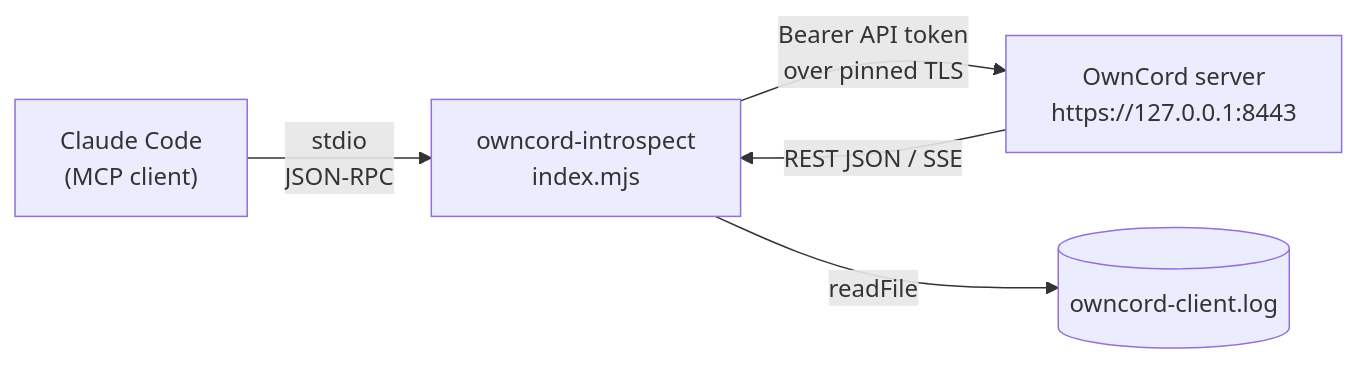
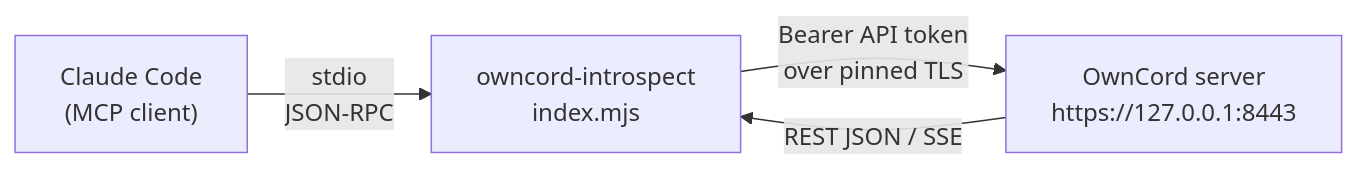
One commit to J3vb/OwnCord changed the first of 2 diagrams in docs/mcp-introspect.md. Above: the diagram before and after it, drawn with Mermaid. The commit also changed other lines of this file and 2055 other files, not shown here.

````diff
--- a/docs/mcp-introspect.md
+++ b/docs/mcp-introspect.md
@@ -19,7 +18,6 @@
 ```mermaid
 flowchart LR
     CC["Claude Code<br/>(MCP client)"] -->|"stdio<br/>JSON-RPC"| MCP["owncord-introspect<br/>index.mjs"]
     MCP -->|"Bearer API token<br/>over pinned TLS"| SRV["OwnCord server<br/>https://127.0.0.1:8443"]
     SRV -->|"REST JSON / SSE"| MCP
-    MCP -->|"readFile"| LOG[("owncord-client.log")]
 ```
````
